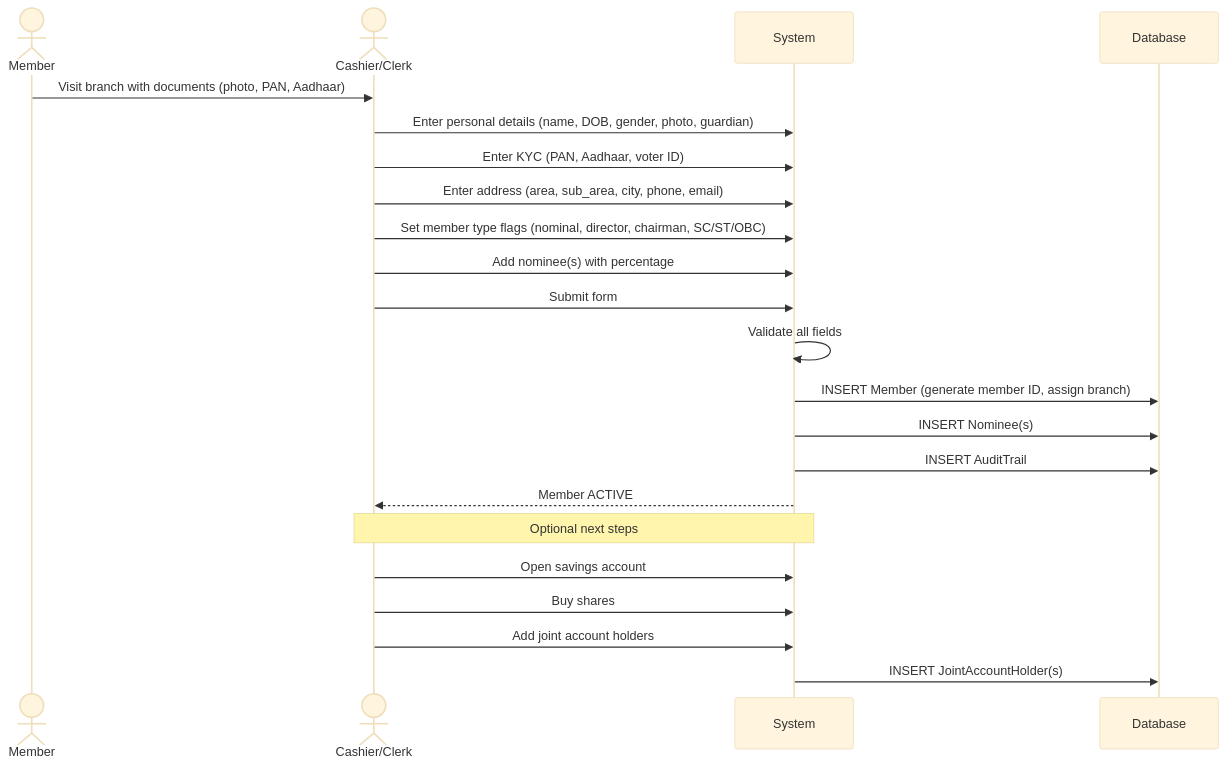
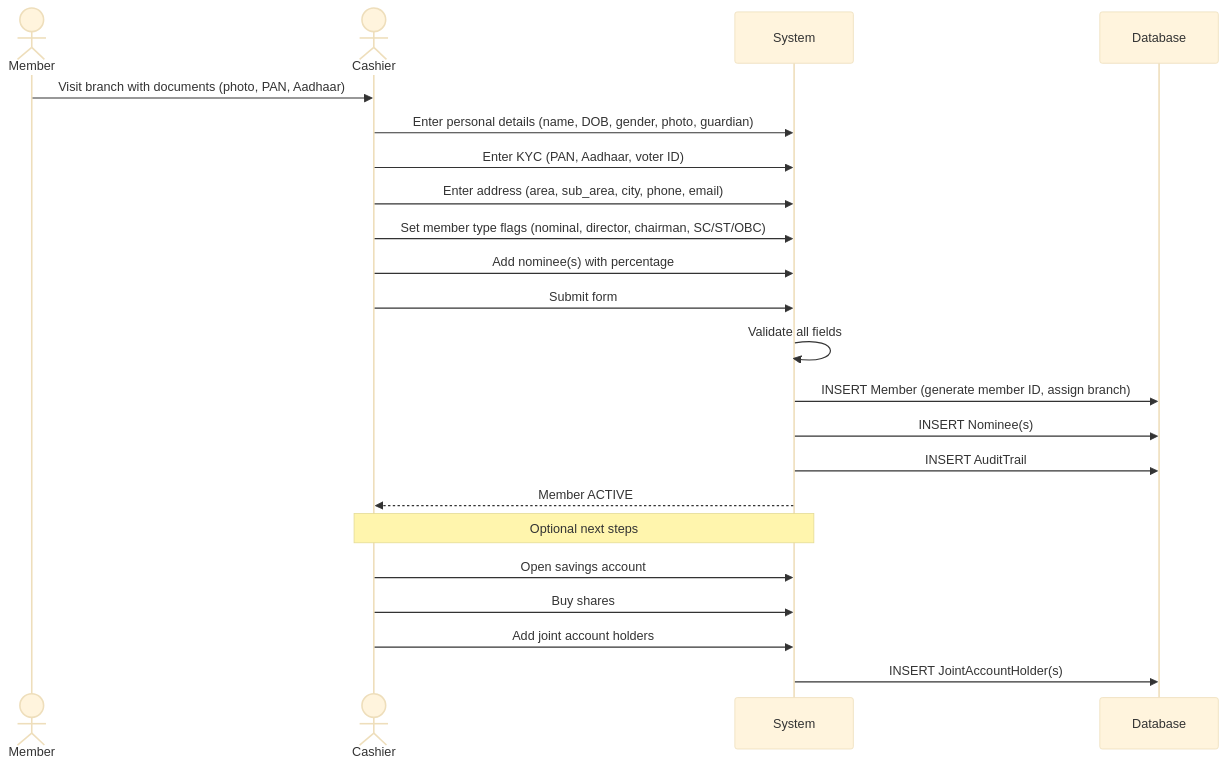
One commit to Shashwat-Manglam-Jain/Infopathsoftwares-societymangement changed the second of 29 diagrams in docs/SWIMLANE_FLOWS.md. Above: the diagram before and after it, drawn with Mermaid (base theme). The commit also changed other lines of this file and 206 other files, not shown here.

````diff
--- a/docs/SWIMLANE_FLOWS.md
+++ b/docs/SWIMLANE_FLOWS.md
@@ -41,27 +41,27 @@
 ```mermaid
 sequenceDiagram
     actor M as Member
-    actor C as Cashier/Clerk
+    actor C as Cashier
     participant SYS as System
     participant DB as Database
 
     M->>C: Visit branch with documents (photo, PAN, Aadhaar)
     C->>SYS: Enter personal details (name, DOB, gender, photo, guardian)
     C->>SYS: Enter KYC (PAN, Aadhaar, voter ID)
     C->>SYS: Enter address (area, sub_area, city, phone, email)
     C->>SYS: Set member type flags (nominal, director, chairman, SC/ST/OBC)
     C->>SYS: Add nominee(s) with percentage
     C->>SYS: Submit form
 
     SYS->>SYS: Validate all fields
     SYS->>DB: INSERT Member (generate member ID, assign branch)
     SYS->>DB: INSERT Nominee(s)
     SYS->>DB: INSERT AuditTrail
     SYS-->>C: Member ACTIVE
 
     Note over C,SYS: Optional next steps
     C->>SYS: Open savings account
     C->>SYS: Buy shares
     C->>SYS: Add joint account holders
     SYS->>DB: INSERT JointAccountHolder(s)
 ```
````
